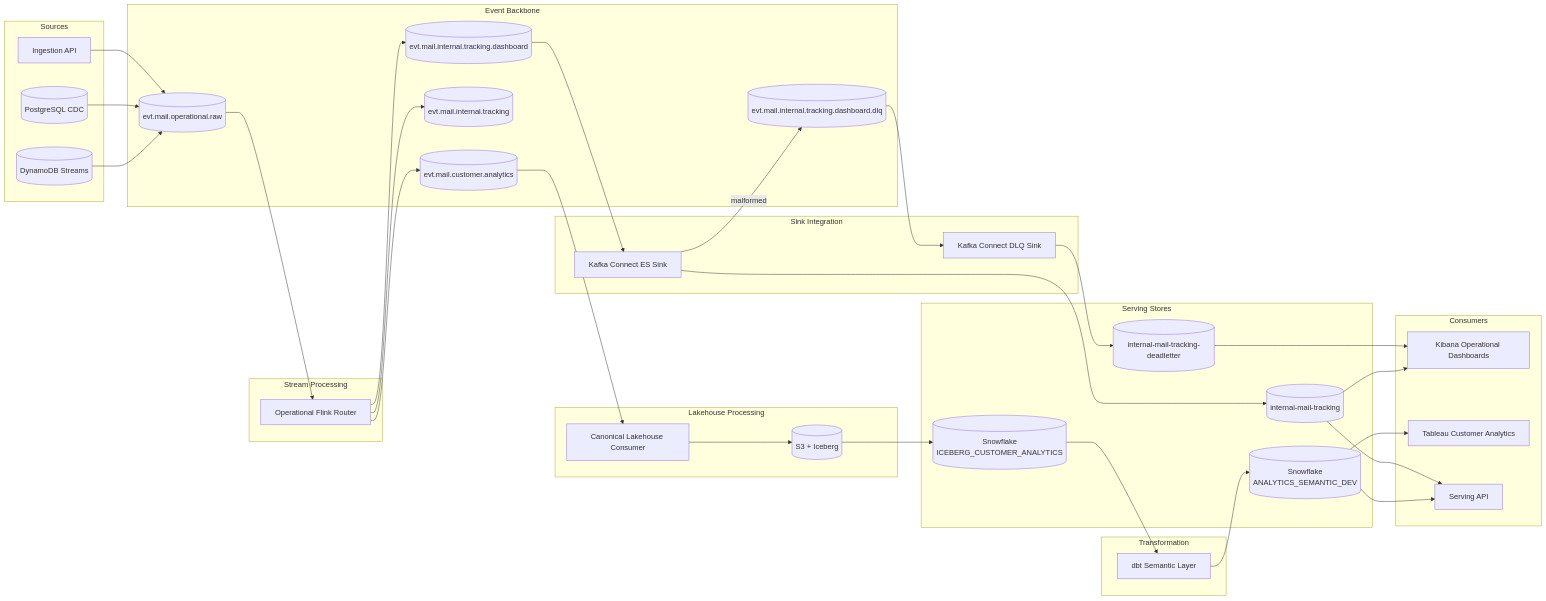
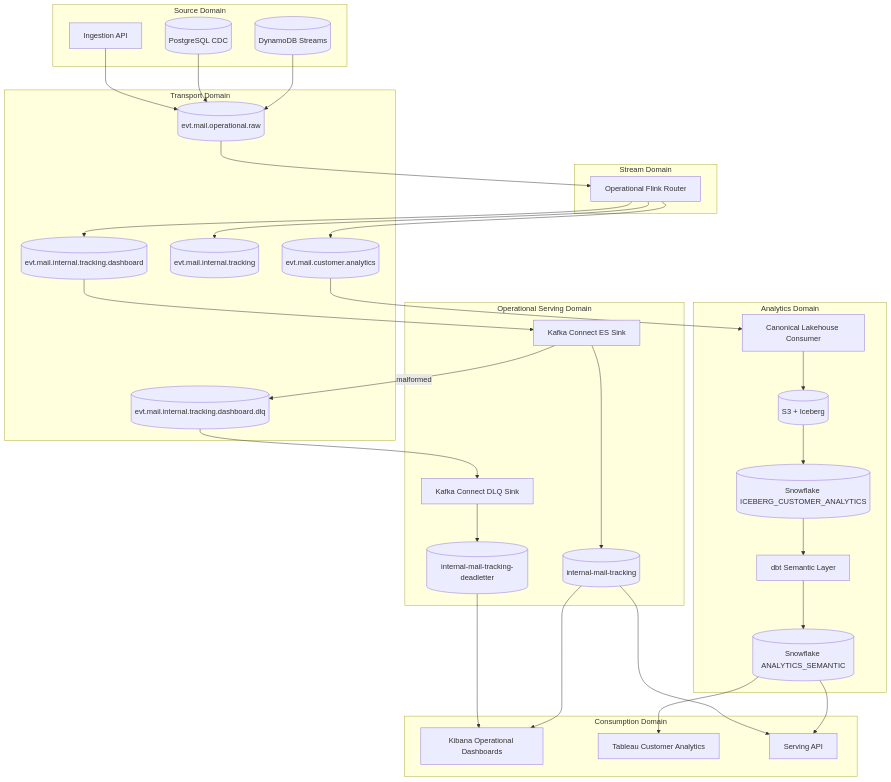
One commit to paulchen8206/Event-Tracking-Platform changed the diagram in docs/architecture/system-architecture.md. Above: the diagram before and after it, drawn with Mermaid. The commit also changed other lines of this file and 53 other files, not shown here.

Commit message:
Initial commit: event tracking platform

````diff
--- a/docs/architecture/system-architecture.md
+++ b/docs/architecture/system-architecture.md
@@ -16,73 +16,67 @@
 ```mermaid
-flowchart LR
-    subgraph Sources
+flowchart TB
+    subgraph SourceDomain[Source Domain]
         DDB[(DynamoDB Streams)]
         PSQL[(PostgreSQL CDC)]
         APIIN[Ingestion API]
     end
 
-    subgraph Event Backbone
+    subgraph TransportDomain[Transport Domain]
         KRAW[(evt.mail.operational.raw)]
         KCAN[(evt.mail.customer.analytics)]
-        KNORM[(evt.mail.internal.tracking)]
+        KINT[(evt.mail.internal.tracking)]
         KDASH[(evt.mail.internal.tracking.dashboard)]
         KDLQ[(evt.mail.internal.tracking.dashboard.dlq)]
     end
 
-    subgraph Stream Processing
+    subgraph StreamDomain[Stream Domain]
         FLINK[Operational Flink Router]
     end
 
-    subgraph Lakehouse Processing
+    subgraph AnalyticsDomain[Analytics Domain]
         SPARK[Canonical Lakehouse Consumer]
         S3ICE[(S3 + Iceberg)]
+        SNOWICE[(Snowflake ICEBERG_CUSTOMER_ANALYTICS)]
+        DBT[dbt Semantic Layer]
+        SNOWMART[(Snowflake ANALYTICS_SEMANTIC)]
     end
 
-    subgraph Sink Integration
+    subgraph OpsServingDomain[Operational Serving Domain]
         KCMAIN[Kafka Connect ES Sink]
         KCDLQ[Kafka Connect DLQ Sink]
+        ESMAIN[(internal-mail-tracking)]
+        ESDLQ[(internal-mail-tracking-deadletter)]
     end
 
-    subgraph Serving Stores
-        ESMAIN[(internal-mail-tracking)]
-        ESDLQ[(internal-mail-tracking-deadletter)]
-        SNOWICE[(Snowflake
-ICEBERG_CUSTOMER_ANALYTICS)]
-        SNOWMART[(Snowflake
-ANALYTICS_SEMANTIC_DEV)]
-    end
-
-    subgraph Transformation
-        DBT[dbt Semantic Layer]
-    end
-
-    subgraph Consumers
+    subgraph ConsumptionDomain[Consumption Domain]
         KIBANA[Kibana Operational Dashboards]
         TABLEAU[Tableau Customer Analytics]
         SAPI[Serving API]
     end
 
     DDB --> KRAW
     PSQL --> KRAW
     APIIN --> KRAW
     KRAW --> FLINK
     FLINK --> KCAN
-    FLINK --> KNORM
+    FLINK --> KINT
     FLINK --> KDASH
+
     KDASH --> KCMAIN
     KCMAIN --> ESMAIN
     KCMAIN -- malformed --> KDLQ
     KDLQ --> KCDLQ
     KCDLQ --> ESDLQ
-    ESMAIN --> KIBANA
-    ESDLQ --> KIBANA
 
     KCAN --> SPARK
     SPARK --> S3ICE
     S3ICE --> SNOWICE
     SNOWICE --> DBT
     DBT --> SNOWMART
+
+    ESMAIN --> KIBANA
+    ESDLQ --> KIBANA
     SNOWMART --> TABLEAU
     SNOWMART --> SAPI
     ESMAIN --> SAPI
 ```
````
